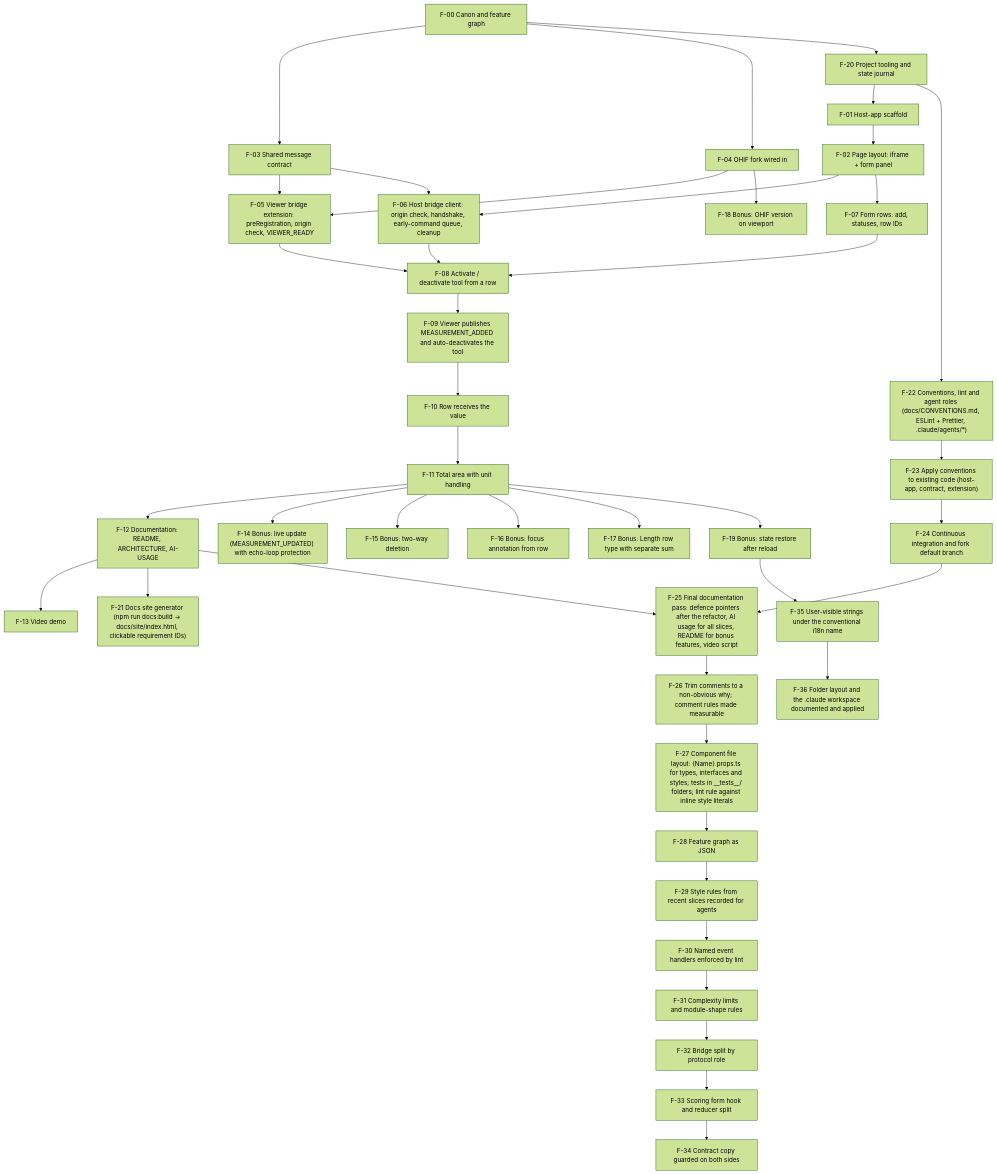
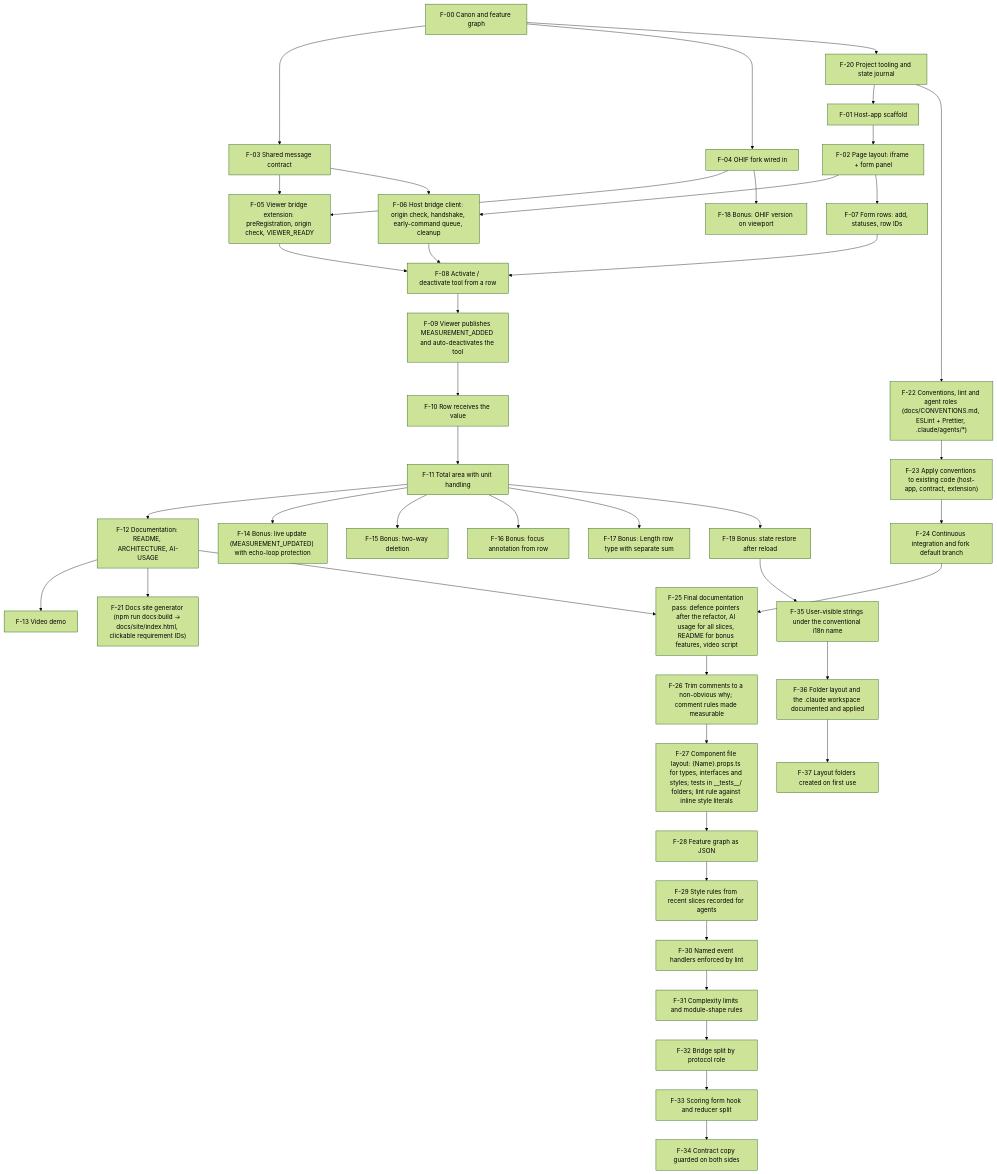
The diagram in docs/FEATURE-GRAPH.md (bdiadiun/artifact-synchronization), drawn with Mermaid (forest theme) before and after one commit. The commit also changed other lines of this file and 8 other files, not shown here.

````diff
--- a/docs/FEATURE-GRAPH.md
+++ b/docs/FEATURE-GRAPH.md
@@ -130,6 +131,7 @@
   F34["F-34 Contract copy guarded on both sides"]
   F35["F-35 User-visible strings under the conventional i18n name"]
   F36["F-36 Folder layout and the .claude workspace documented and applied"]
+  F37["F-37 Layout folders created on first use"]
 
   F20 --> F01
   F01 --> F02
@@ -172,4 +174,5 @@
   F33 --> F34
   F19 --> F35
   F35 --> F36
+  F36 --> F37
 ```
````
